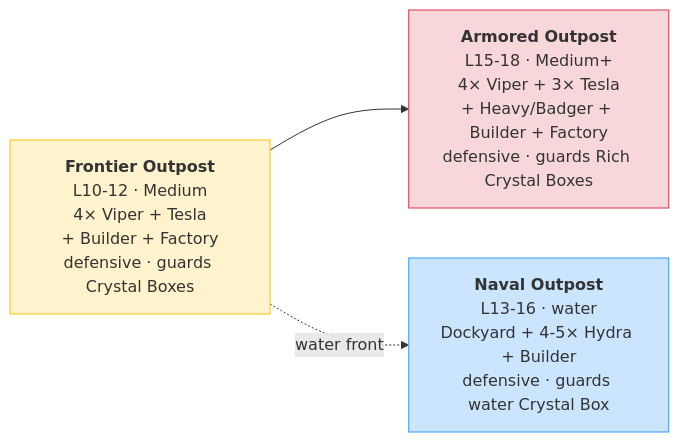
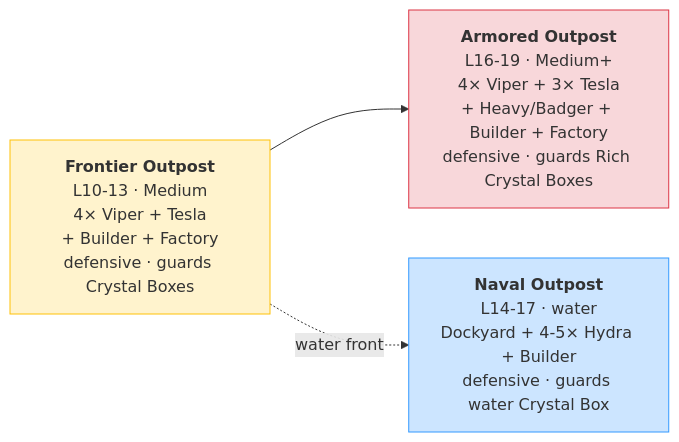
Before and after one commit to Razarion/razarion: the first of 2 diagrams in docs/game-design/phase-2-plan.md, drawn with Mermaid. The commit also changed other lines of this file and 16 other files, not shown here.

First line of the commit message:
Phase 1/2 design docs, bot near-center spawn, box region editor + L10 boxes

````diff
--- a/docs/game-design/phase-2-plan.md
+++ b/docs/game-design/phase-2-plan.md
@@ -268,11 +254,11 @@
 ```mermaid
 flowchart LR
-    F["<b>Frontier Outpost</b><br/>L10-12 · Medium<br/>4× Viper + Tesla<br/>+ Builder + Factory<br/>defensive · guards Crystal Boxes"]
-    A["<b>Armored Outpost</b><br/>L15-18 · Medium+<br/>4× Viper + 3× Tesla<br/>+ Heavy/Badger + Builder + Factory<br/>defensive · guards Rich Crystal Boxes"]
-    N["<b>Naval Outpost</b><br/>L13-16 · water<br/>Dockyard + 4-5× Hydra + Builder<br/>defensive · guards water Crystal Box"]
+    F["<b>Frontier Outpost</b><br/>L10-13 · Medium<br/>4× Viper + Tesla<br/>+ Builder + Factory<br/>defensive · guards Crystal Boxes"]
+    A["<b>Armored Outpost</b><br/>L16-19 · Medium+<br/>4× Viper + 3× Tesla<br/>+ Heavy/Badger + Builder + Factory<br/>defensive · guards Rich Crystal Boxes"]
+    N["<b>Naval Outpost</b><br/>L14-17 · water<br/>Dockyard + 4-5× Hydra + Builder<br/>defensive · guards water Crystal Box"]
     F --> A
     F -.water front.-> N
     style F fill:#fff3cd,stroke:#ffc107
     style A fill:#f8d7da,stroke:#dc3545
     style N fill:#cce5ff,stroke:#3399ff
 ```
````
